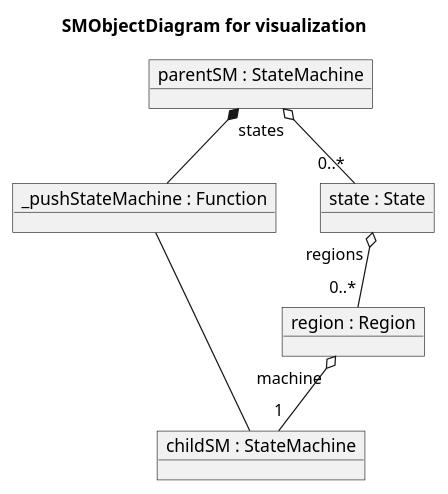
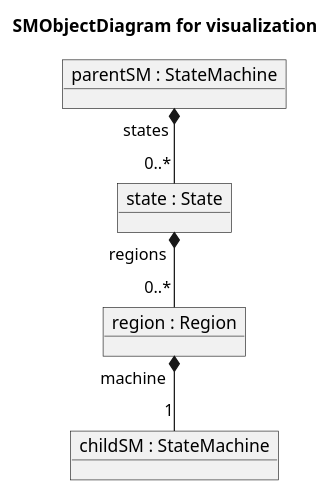
The first of 3 diagrams in packages/hisma/doc/dev/diagrams/child_to_parent_callbacks.plantuml (tamas-p/hisma), drawn with PlantUML before and after one commit. The commit also changed other lines of this file, not shown here.

Commit message:
docs: Updated diagrams

```diff
--- a/packages/hisma/doc/dev/diagrams/child_to_parent_callbacks.plantuml
+++ b/packages/hisma/doc/dev/diagrams/child_to_parent_callbacks.plantuml
@@ -43,16 +1,13 @@
-@startuml SMObjectDiagram2
+@startuml sm_object diagram
 title SMObjectDiagram for visualization
 
 object "parentSM : StateMachine" as parentSM
 object "state : State" as state
 object "region : Region" as region
 object "childSM : StateMachine" as child
-object "_pushStateMachine : Function" as push
 
-parentSM "states" o-- "0..*" state
-parentSM *- push
-push - child
-state "regions" o-- "0..*" region
-region "machine" o-- "1" child
+parentSM "states" *-- "0..*" state
+state "regions" *-- "0..*" region
+region "machine" *-- "1" child
 
 @enduml
```
